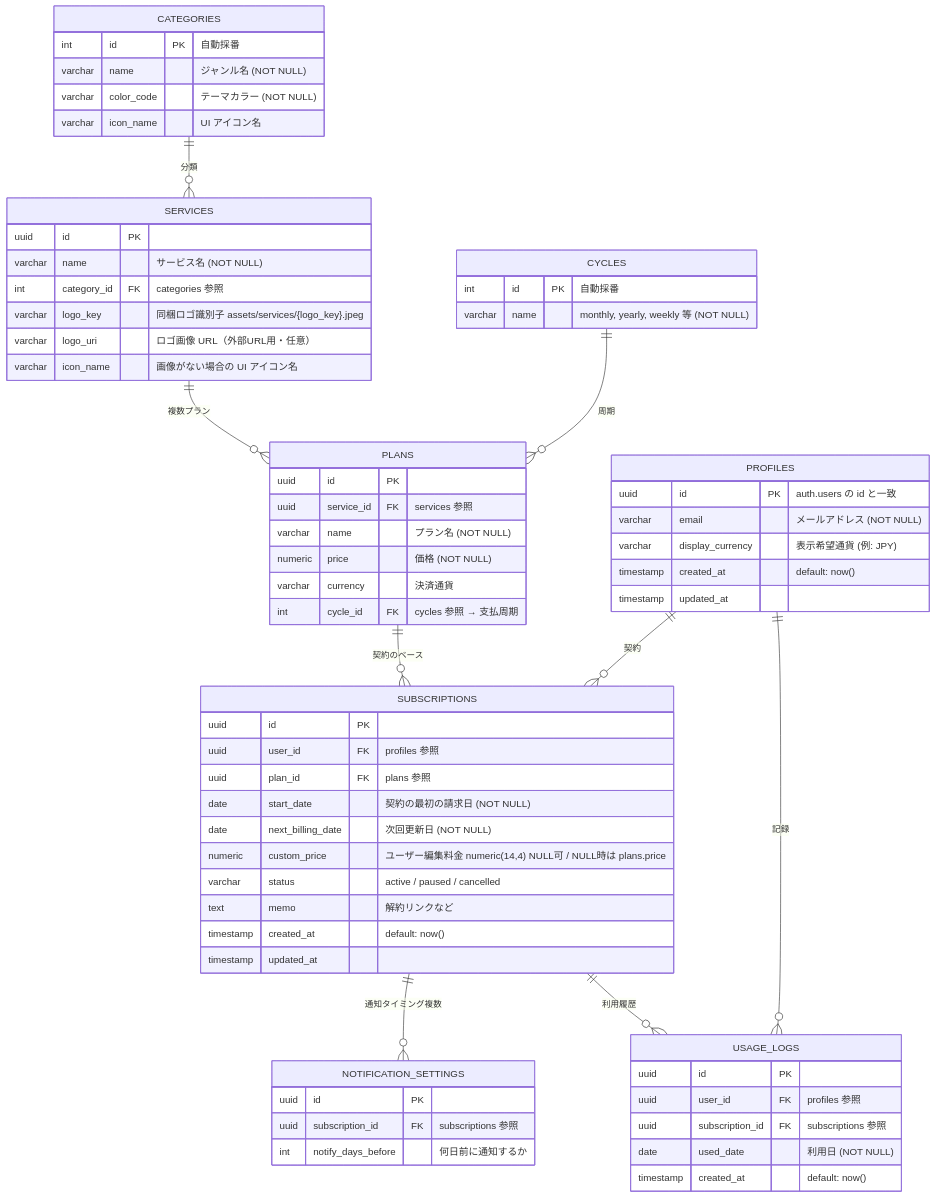
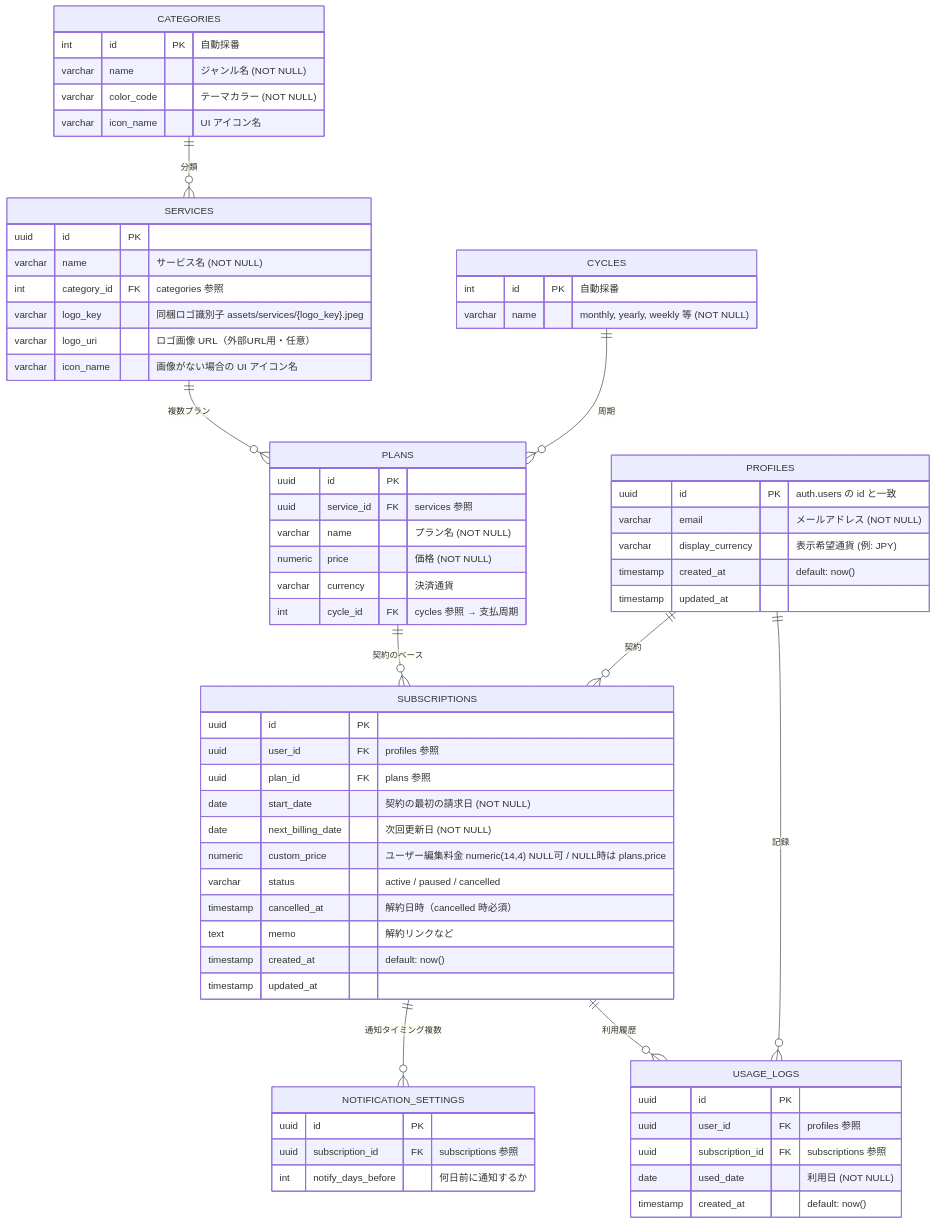
The diagram in docs/DATABASE_DESIGN.md (junpei0315/SubTrack), drawn with Mermaid before and after one commit. The commit also changed 3 other files, not shown here.

Commit message:
fix: CodeRabbit指摘対応（タブ名・ER図・モック・マイグレーション）

````diff
--- a/docs/DATABASE_DESIGN.md
+++ b/docs/DATABASE_DESIGN.md
@@ -25,76 +25,77 @@
 ```mermaid
 erDiagram
     PROFILES {
         uuid id PK "auth.users の id と一致"
         varchar email "メールアドレス (NOT NULL)"
         varchar display_currency "表示希望通貨 (例: JPY)"
         timestamp created_at "default: now()"
         timestamp updated_at
     }
 
     CATEGORIES {
         int id PK "自動採番"
         varchar name "ジャンル名 (NOT NULL)"
         varchar color_code "テーマカラー (NOT NULL)"
         varchar icon_name "UI アイコン名"
     }
 
     CYCLES {
         int id PK "自動採番"
         varchar name "monthly, yearly, weekly 等 (NOT NULL)"
     }
 
     SERVICES {
         uuid id PK
         varchar name "サービス名 (NOT NULL)"
         int category_id FK "categories 参照"
         varchar logo_key "同梱ロゴ識別子 assets/services/{logo_key}.jpeg"
         varchar logo_uri "ロゴ画像 URL（外部URL用・任意）"
         varchar icon_name "画像がない場合の UI アイコン名"
     }
 
     PLANS {
         uuid id PK
         uuid service_id FK "services 参照"
         varchar name "プラン名 (NOT NULL)"
         numeric price "価格 (NOT NULL)"
         varchar currency "決済通貨"
         int cycle_id FK "cycles 参照 → 支払周期"
     }
 
     SUBSCRIPTIONS {
         uuid id PK
         uuid user_id FK "profiles 参照"
         uuid plan_id FK "plans 参照"
         date start_date "契約の最初の請求日 (NOT NULL)"
         date next_billing_date "次回更新日 (NOT NULL)"
         numeric custom_price "ユーザー編集料金 numeric(14,4) NULL可 / NULL時は plans.price"
         varchar status "active / paused / cancelled"
+        timestamp cancelled_at "解約日時（cancelled 時必須）"
         text memo "解約リンクなど"
         timestamp created_at "default: now()"
         timestamp updated_at
     }
 
     NOTIFICATION_SETTINGS {
         uuid id PK
         uuid subscription_id FK "subscriptions 参照"
         int notify_days_before "何日前に通知するか"
     }
 
     USAGE_LOGS {
         uuid id PK
         uuid user_id FK "profiles 参照"
         uuid subscription_id FK "subscriptions 参照"
         date used_date "利用日 (NOT NULL)"
         timestamp created_at "default: now()"
     }
 
     PROFILES ||--o{ SUBSCRIPTIONS : "契約"
     PROFILES ||--o{ USAGE_LOGS : "記録"
     CATEGORIES ||--o{ SERVICES : "分類"
     CYCLES ||--o{ PLANS : "周期"
     SERVICES ||--o{ PLANS : "複数プラン"
     PLANS ||--o{ SUBSCRIPTIONS : "契約のベース"
     SUBSCRIPTIONS ||--o{ NOTIFICATION_SETTINGS : "通知タイミング複数"
     SUBSCRIPTIONS ||--o{ USAGE_LOGS : "利用履歴"
 ```
````
